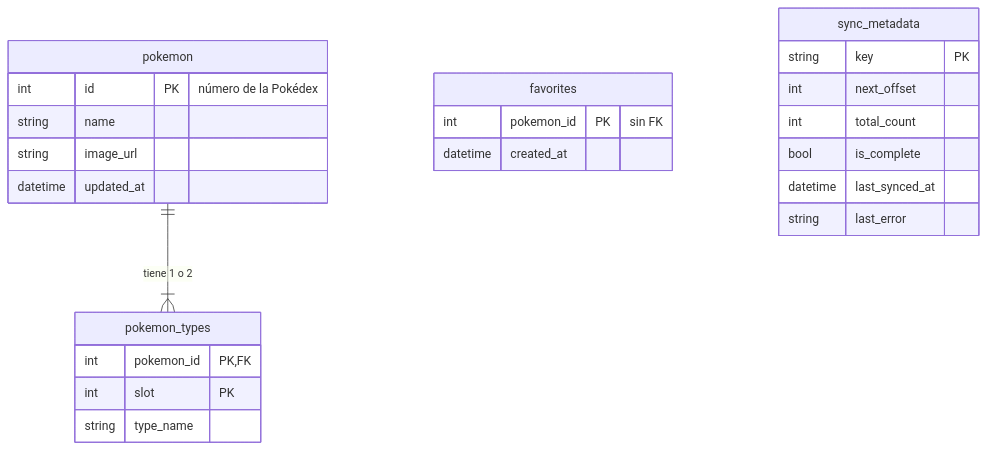
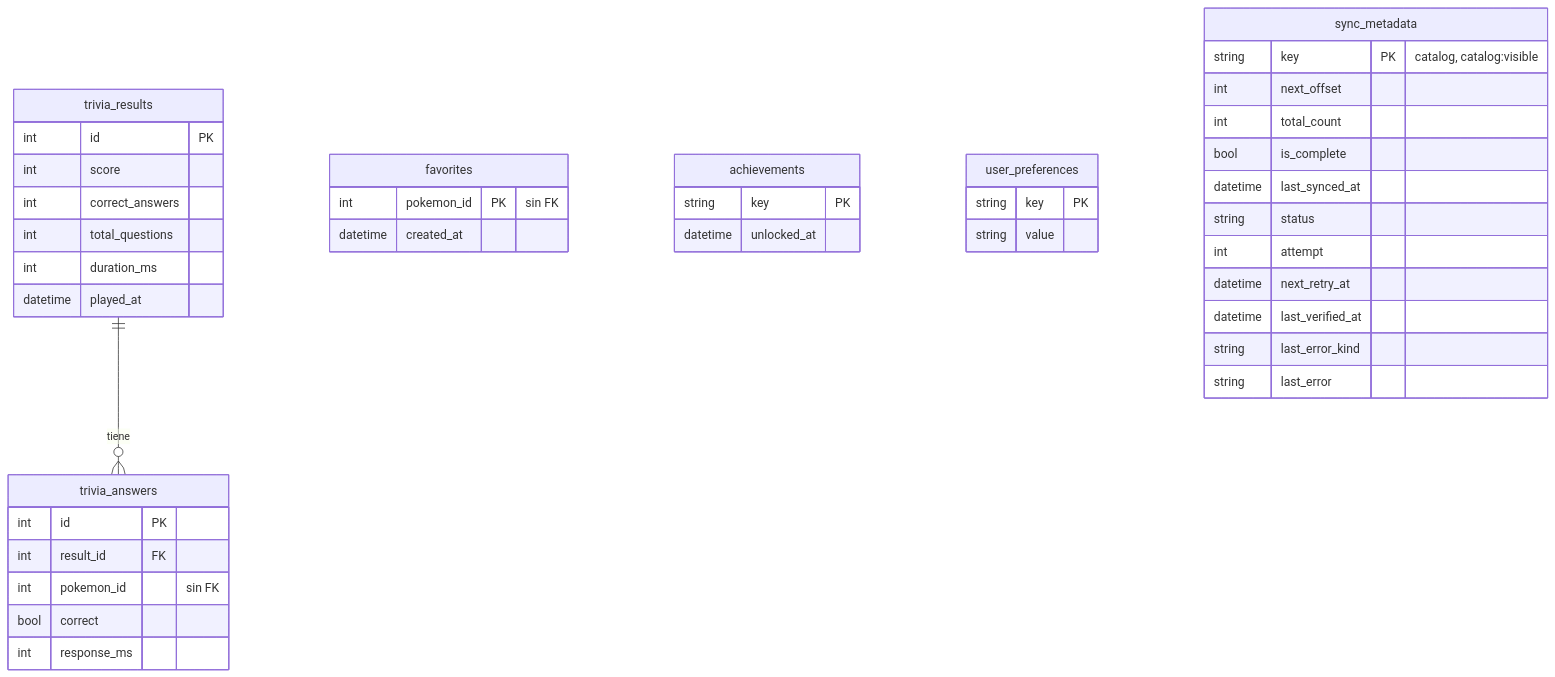
One commit to JoseHidalgoG/pokedex-flutter changed the eighth of 8 diagrams in docs/arquitectura.md. Above: the diagram before and after it, drawn with Mermaid. The commit also changed other lines of this file, not shown here.

````diff
--- a/docs/arquitectura.md
+++ b/docs/arquitectura.md
@@ -226,27 +362,44 @@
 ```mermaid
 erDiagram
-  pokemon ||--|{ pokemon_types : "tiene 1 o 2"
-  pokemon {
-    int id PK "número de la Pokédex"
-    string name
-    string image_url
-    datetime updated_at
-  }
-  pokemon_types {
-    int pokemon_id PK, FK
-    int slot PK
-    string type_name
-  }
+  trivia_results ||--o{ trivia_answers : "tiene"
   favorites {
     int pokemon_id PK "sin FK"
     datetime created_at
   }
+  trivia_results {
+    int id PK
+    int score
+    int correct_answers
+    int total_questions
+    int duration_ms
+    datetime played_at
+  }
+  trivia_answers {
+    int id PK
+    int result_id FK
+    int pokemon_id "sin FK"
+    bool correct
+    int response_ms
+  }
+  achievements {
+    string key PK
+    datetime unlocked_at
+  }
+  user_preferences {
+    string key PK
+    string value
+  }
   sync_metadata {
-    string key PK
+    string key PK "catalog, catalog:visible"
     int next_offset
     int total_count
     bool is_complete
     datetime last_synced_at
+    string status
+    int attempt
+    datetime next_retry_at
+    datetime last_verified_at
+    string last_error_kind
     string last_error
   }
 ```
````
